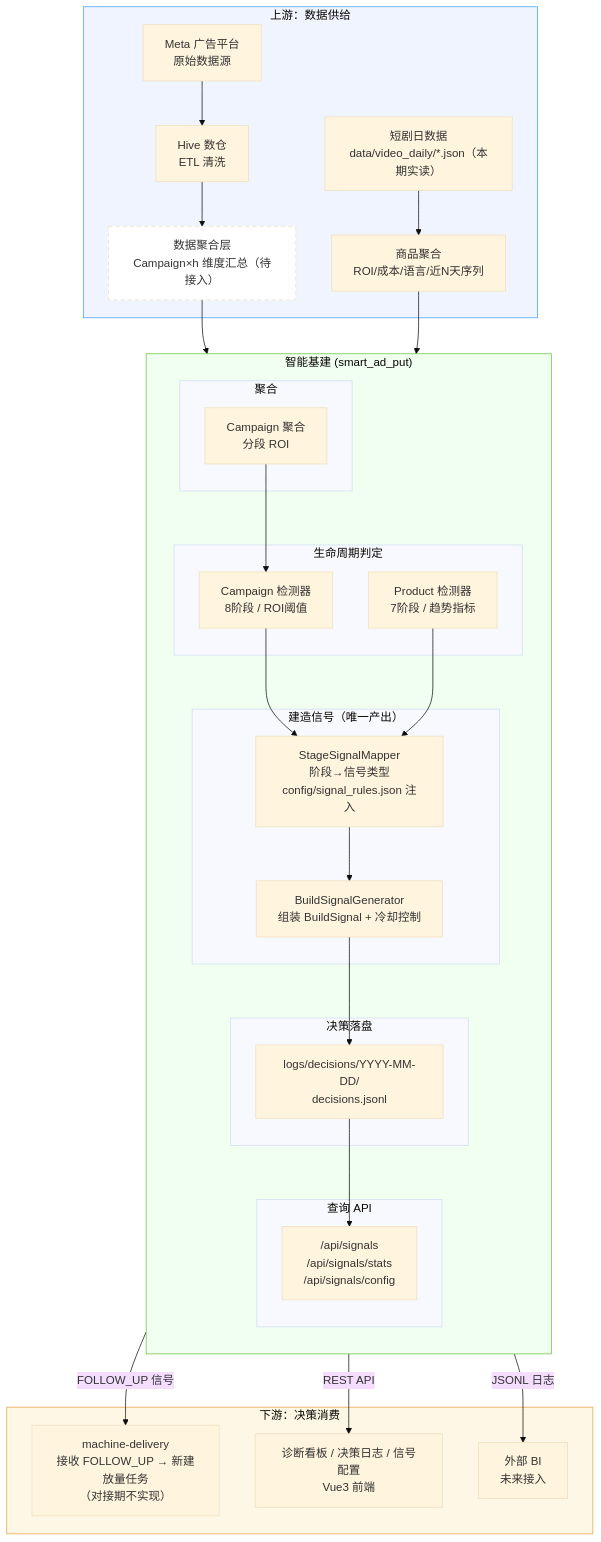
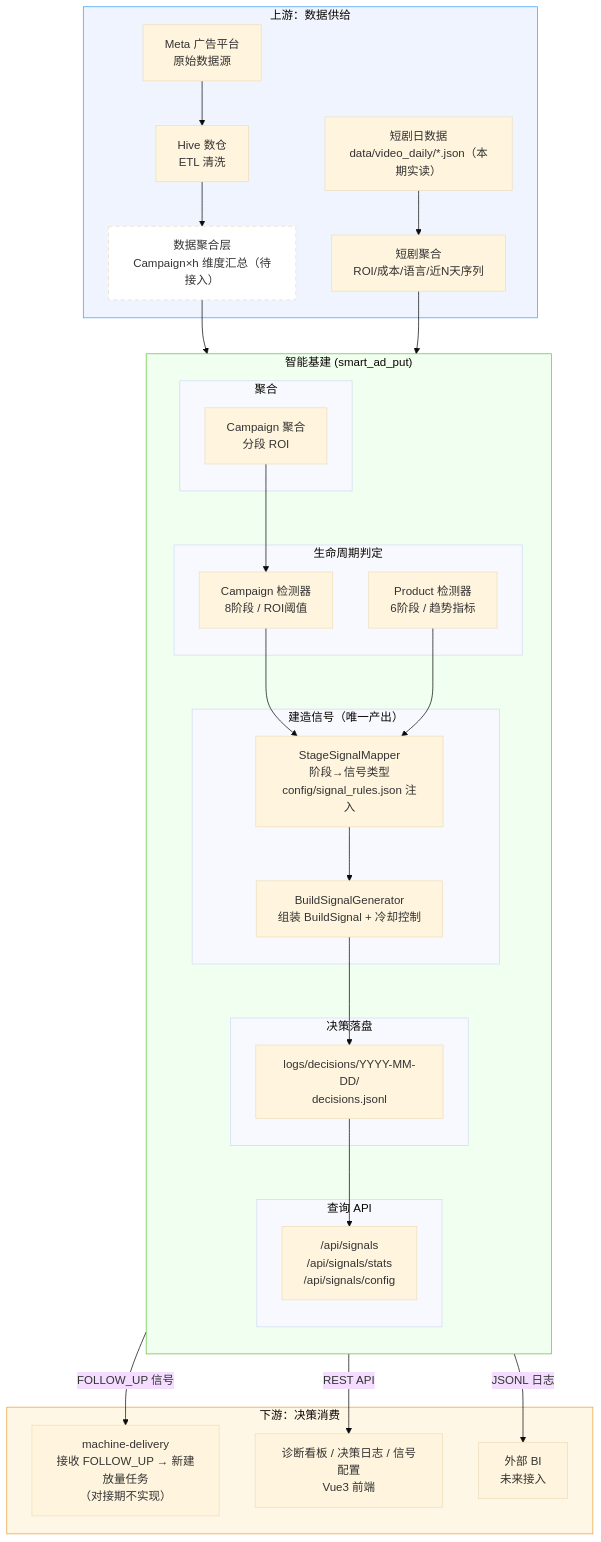
The first of 3 diagrams in docs/architecture.md (gar-su/smart_ad_put), drawn with Mermaid (base theme) before and after one commit. The commit also changed other lines of this file and 64 other files, not shown here.

````diff
--- a/docs/architecture.md
+++ b/docs/architecture.md
@@ -1,68 +3,68 @@
 ```mermaid
 graph TB
     %% ===== 上游 =====
     subgraph upstream["上游：数据供给"]
         meta["Meta 广告平台<br/>原始数据源"]
         hive["Hive 数仓<br/>ETL 清洗"]
         video_daily["短剧日数据<br/>data/video_daily/*.json（本期实读）"]
         data_agg["数据聚合层<br/>Campaign×h 维度汇总（待接入）"]
 
         meta --> hive
         hive --> data_agg
         video_daily --> prod_agg
     end
 
     %% ===== 本系统 =====
     subgraph core["智能基建 (smart_ad_put)"]
         direction TB
 
         subgraph agg["聚合"]
-            prod_agg["商品聚合<br/>ROI/成本/语言/近N天序列"]
+            prod_agg["短剧聚合<br/>ROI/成本/语言/近N天序列"]
             cam_agg["Campaign 聚合<br/>分段 ROI"]
         end
 
         subgraph detect["生命周期判定"]
             cam_detector["Campaign 检测器<br/>8阶段 / ROI阈值"]
-            prod_detector["Product 检测器<br/>7阶段 / 趋势指标"]
+            prod_detector["Product 检测器<br/>6阶段 / 趋势指标"]
         end
 
         subgraph signal["建造信号（唯一产出）"]
             mapper["StageSignalMapper<br/>阶段→信号类型<br/>config/signal_rules.json 注入"]
             generator["BuildSignalGenerator<br/>组装 BuildSignal + 冷却控制"]
         end
 
         subgraph persist["决策落盘"]
             decision_log["logs/decisions/YYYY-MM-DD/<br/>decisions.jsonl"]
         end
 
         subgraph dashboard["查询 API"]
             signals_api["/api/signals<br/>/api/signals/stats<br/>/api/signals/config"]
         end
 
         data_agg --> cam_agg
         cam_agg --> cam_detector
         prod_agg --> prod_detector
         cam_detector --> mapper
         prod_detector --> mapper
         mapper --> generator
         generator --> decision_log
         decision_log --> signals_api
     end
 
     %% ===== 下游 =====
     subgraph downstream["下游：决策消费"]
         machine_delivery["machine-delivery<br/>接收 FOLLOW_UP → 新建放量任务<br/>（对接期不实现）"]
         frontend["诊断看板 / 决策日志 / 信号配置<br/>Vue3 前端"]
         bi["外部 BI<br/>未来接入"]
 
         decision_log -->|"FOLLOW_UP 信号"| machine_delivery
         signals_api -->|"REST API"| frontend
         decision_log -->|"JSONL 日志"| bi
     end
 
     %% ===== 样式 =====
     style upstream fill:#f0f4ff,stroke:#409eff
     style core fill:#f0fff0,stroke:#67c23a
     style downstream fill:#fff7e6,stroke:#e6a23c
     style data_agg fill:#fff,stroke-dasharray:5 5
 ```
````
